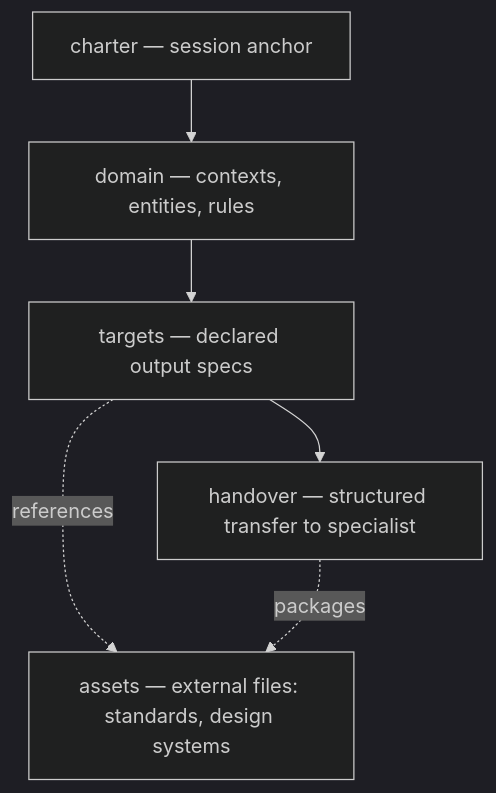
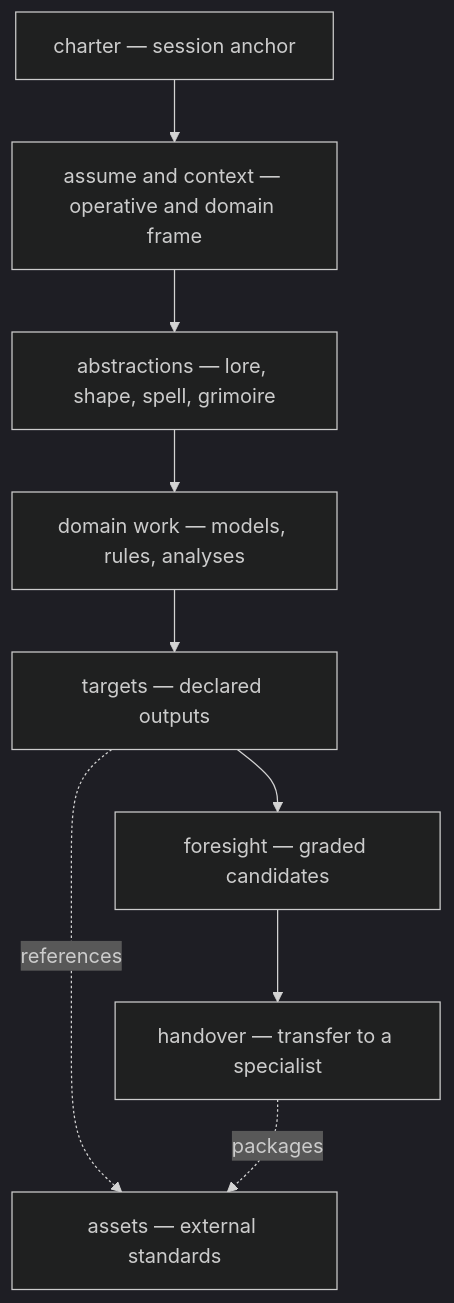
The second of 2 diagrams in grimoires/core.md (SrEnforcer/conjurer), drawn with Mermaid (dark theme) before and after one commit. The commit also changed other lines of this file and 3 other files, not shown here.

````diff
--- a/grimoires/core.md
+++ b/grimoires/core.md
@@ -3183,12 +3332,15 @@
 ```mermaid
 flowchart TB
     CH[charter — session anchor]
-    DM[domain — contexts, entities, rules]
-    TG[targets — declared output specs]
-    HV[handover — structured transfer to specialist]
-    AS[assets — external files: standards, design systems]
+    CX[assume and context — operative and domain frame]
+    AB[abstractions — lore, shape, spell, grimoire]
+    DM[domain work — models, rules, analyses]
+    TG[targets — declared outputs]
+    FS[foresight — graded candidates]
+    HV[handover — transfer to a specialist]
+    AS[assets — external standards]
 
-    CH --> DM --> TG --> HV
+    CH --> CX --> AB --> DM --> TG --> FS --> HV
     TG -. references .-> AS
     HV -. packages .-> AS
 ```
````
